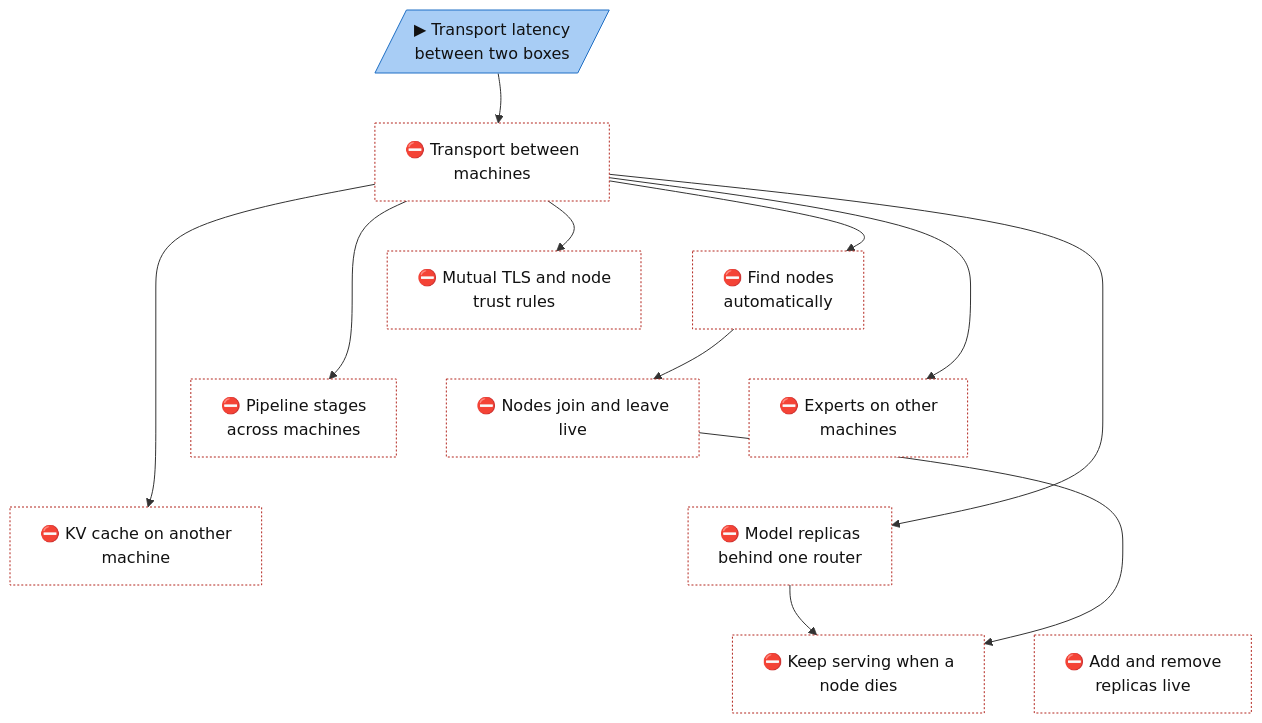
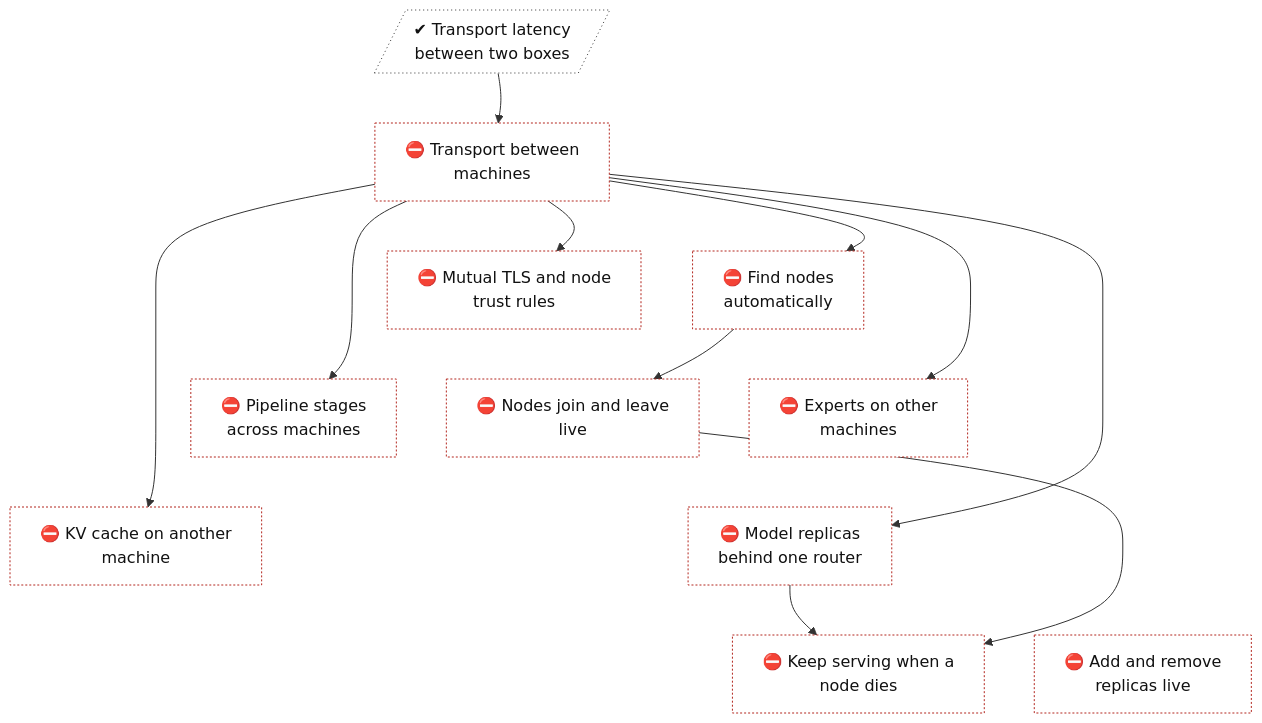
The diagram in docs/roadmap/tracks/cluster.md (lhns/tetraeder), drawn with Mermaid before and after one commit. The commit also changed other lines of this file and 3 other files, not shown here.

Commit message:
Phase 6 prerequisite, ADR 0023 measurement: tree cluster-transport-wan done, cluster-owner-transport next (session bench-transport-wan; not measured)

````diff
--- a/docs/roadmap/tracks/cluster.md
+++ b/docs/roadmap/tracks/cluster.md
@@ -10,51 +10,51 @@
 ```mermaid
 flowchart TB
-    cluster_transport_wan[/"▶ Transport latency<br/>between two boxes"/]
+    cluster_transport_wan[/"✔ Transport latency<br/>between two boxes"/]
     cluster_transport["⛔ Transport between<br/>machines"]
     cluster_mtls["⛔ Mutual TLS and node<br/>trust rules"]
     cluster_discovery["⛔ Find nodes<br/>automatically"]
     cluster_join_leave["⛔ Nodes join and leave<br/>live"]
     cluster_pipeline_nodes["⛔ Pipeline stages<br/>across machines"]
     cluster_experts_nodes["⛔ Experts on other<br/>machines"]
     cluster_remote_kv["⛔ KV cache on another<br/>machine"]
     cluster_replicas["⛔ Model replicas<br/>behind one router"]
     cluster_failover["⛔ Keep serving when a<br/>node dies"]
     cluster_replica_scaling["⛔ Add and remove<br/>replicas live"]
     cluster_transport_wan ~~~ cluster_transport
     cluster_transport ~~~ cluster_mtls
     cluster_transport ~~~ cluster_discovery
     cluster_mtls ~~~ cluster_join_leave
     cluster_discovery ~~~ cluster_pipeline_nodes
     cluster_discovery ~~~ cluster_experts_nodes
     cluster_join_leave ~~~ cluster_remote_kv
     cluster_pipeline_nodes ~~~ cluster_replicas
     cluster_experts_nodes ~~~ cluster_replicas
     cluster_remote_kv ~~~ cluster_failover
     cluster_replicas ~~~ cluster_replica_scaling
     cluster_transport_wan --> cluster_transport
     cluster_transport --> cluster_mtls
     cluster_transport --> cluster_discovery
     cluster_discovery --> cluster_join_leave
     cluster_transport --> cluster_pipeline_nodes
     cluster_transport --> cluster_experts_nodes
     cluster_transport --> cluster_remote_kv
     cluster_transport --> cluster_replicas
     cluster_replicas --> cluster_failover
     cluster_join_leave --> cluster_failover
     classDef vsucc fill:#2e9e4f,stroke:#1b6b34,color:#fff
     classDef succ fill:#bfe8c8,stroke:#2e9e4f,color:#111
     classDef mixed fill:#ffd37a,stroke:#c98a00,color:#111
     classDef bad fill:#f28b82,stroke:#b3261e,color:#111
     classDef dead fill:#e6e6e6,stroke:#777,stroke-dasharray:5 5,color:#555
     classDef inprog fill:#a8cdf5,stroke:#1f6fc5,color:#111
     classDef next fill:#fff,stroke:#333,color:#111
     classDef blocked fill:#fff,stroke:#b3261e,stroke-dasharray:2 2,color:#111
     classDef parked fill:#f3f3f3,stroke:#999,color:#555
     classDef unrated fill:#fff,stroke:#333,stroke-dasharray:1 3,color:#111
     classDef gate fill:#d9c2f0,stroke:#7b3fb5,color:#111
     classDef decided fill:#ece0f7,stroke:#7b3fb5,stroke-dasharray:2 2,color:#111
     classDef finding fill:#ffe0b2,stroke:#d84315,stroke-width:2px,color:#111
     classDef waiting fill:#e3f2fd,stroke:#1f6fc5,stroke-dasharray:5 5,color:#111
-    class cluster_transport_wan inprog
+    class cluster_transport_wan unrated
     class cluster_transport,cluster_mtls,cluster_discovery,cluster_join_leave,cluster_pipeline_nodes,cluster_experts_nodes,cluster_remote_kv,cluster_replicas,cluster_failover,cluster_replica_scaling blocked
 ```
````
